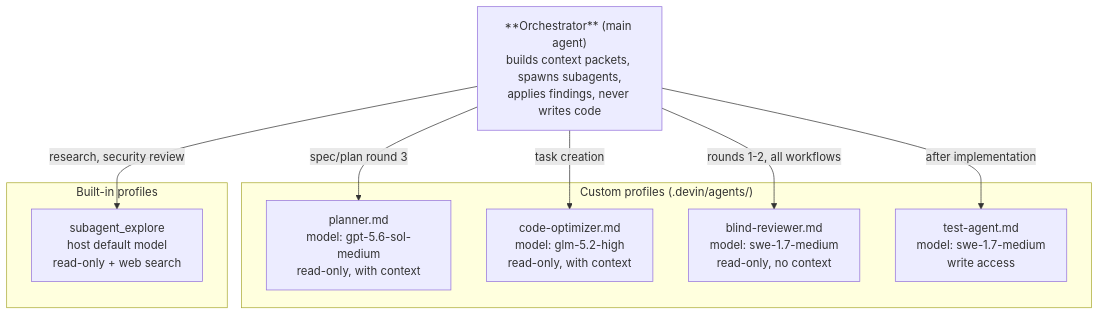
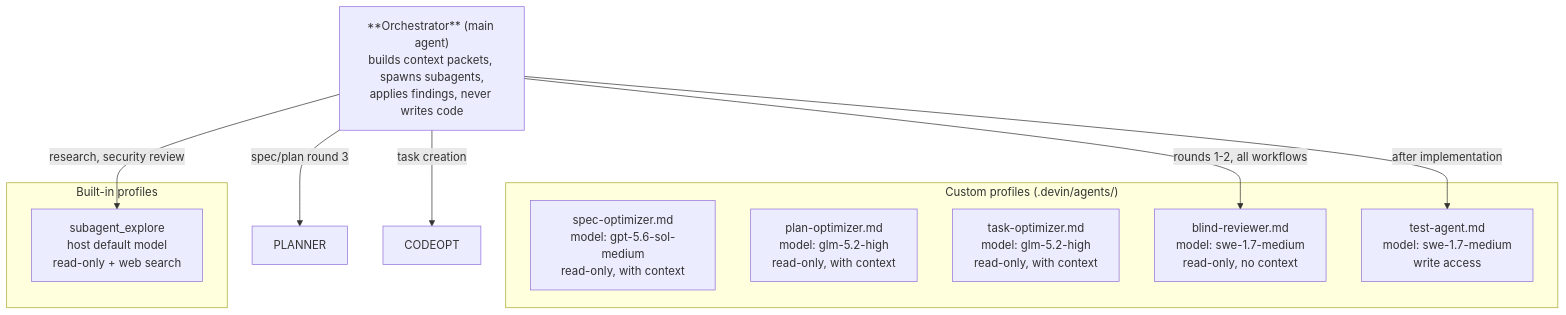
The fourth of 4 diagrams in README.md (bperin/project-context), drawn with Mermaid before and after one commit. The commit also changed other lines of this file and 21 other files, not shown here.

First line of the commit message:
Split optimizer roles into spec, plan, and task profiles

````diff
--- a/README.md
+++ b/README.md
@@ -138,21 +139,22 @@
 ```mermaid
 graph TD
     ORCH["**Orchestrator** (main agent)<br/>builds context packets, spawns subagents,<br/>applies findings, never writes code"]
 
     subgraph "Custom profiles (.devin/agents/)"
-        PLANNER["planner.md<br/>model: gpt-5.6-sol-medium<br/>read-only, with context"]
-        CODEOPT["code-optimizer.md<br/>model: glm-5.2-high<br/>read-only, with context"]
+        SPECOPT["spec-optimizer.md<br/>model: gpt-5.6-sol-medium<br/>read-only, with context"]
+        PLANOPT["plan-optimizer.md<br/>model: glm-5.2-high<br/>read-only, with context"]
+        TASKOPT["task-optimizer.md<br/>model: glm-5.2-high<br/>read-only, with context"]
         BLIND["blind-reviewer.md<br/>model: swe-1.7-medium<br/>read-only, no context"]
         TEST["test-agent.md<br/>model: swe-1.7-medium<br/>write access"]
     end
 
     subgraph "Built-in profiles"
         EXPLORE["subagent_explore<br/>host default model<br/>read-only + web search"]
     end
 
     ORCH -->|"spec/plan round 3"| PLANNER
     ORCH -->|"task creation"| CODEOPT
     ORCH -->|"rounds 1-2, all workflows"| BLIND
     ORCH -->|"after implementation"| TEST
     ORCH -->|"research, security review"| EXPLORE
 ```
````
